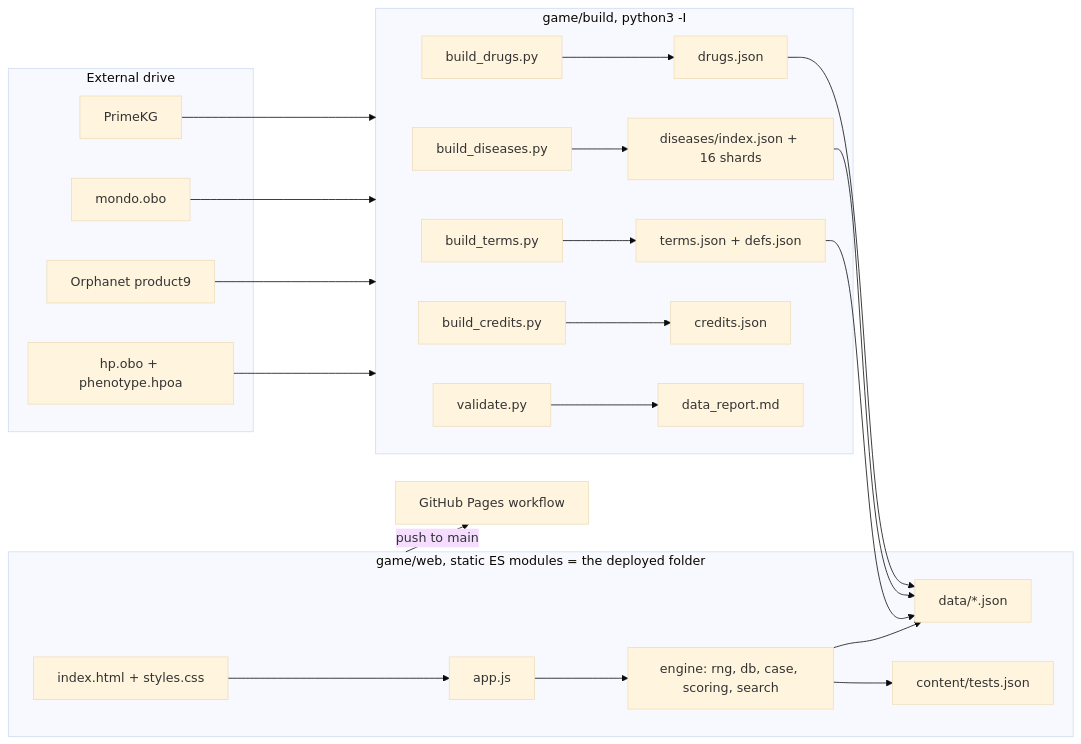
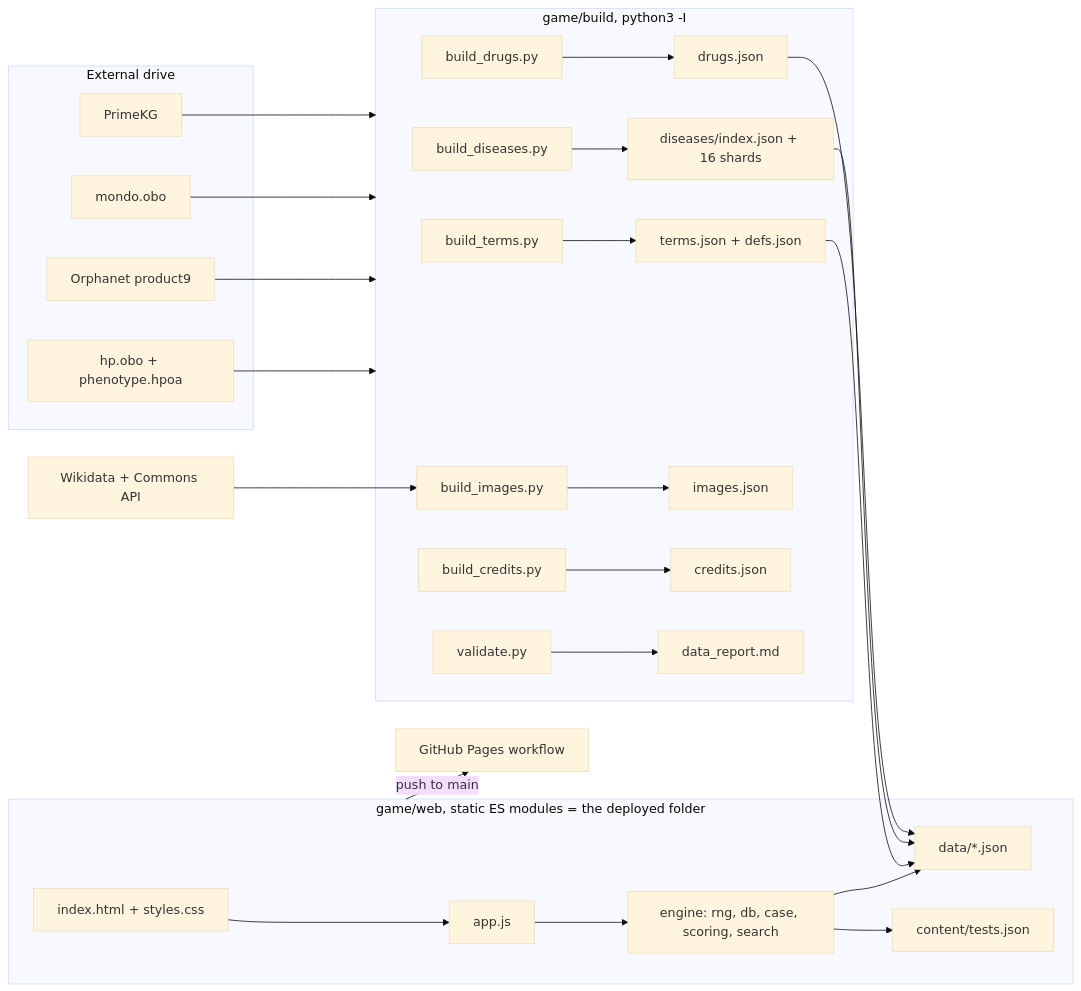
Before and after one commit to pcmoan70/DrDiagno: the second of 2 diagrams in ARCHITECTURE.md, drawn with Mermaid (base theme). The commit also changed other lines of this file and 10 other files, not shown here.

````diff
--- a/ARCHITECTURE.md
+++ b/ARCHITECTURE.md
@@ -58,25 +58,27 @@
 ```mermaid
 flowchart LR
   subgraph drive[External drive]
     HPO[hp.obo + phenotype.hpoa]
     ORPHA[Orphanet product9]
     MONDO[mondo.obo]
     PKG[PrimeKG]
   end
   subgraph build[game/build, python3 -I]
     BT[build_terms.py] --> TJ[terms.json + defs.json]
     BD[build_diseases.py] --> DJ[diseases/index.json + 16 shards]
     BR[build_drugs.py] --> RJ[drugs.json]
+    BI[build_images.py] --> IJ[images.json]
     BC[build_credits.py] --> CJ[credits.json]
     V[validate.py] --> REP[data_report.md]
   end
   subgraph web[game/web, static ES modules = the deployed folder]
     IDX[index.html + styles.css] --> APP[app.js]
     APP --> ENG[engine: rng, db, case, scoring, search]
     ENG --> DATA[data/*.json]
     ENG --> TESTS[content/tests.json]
   end
+  WD[Wikidata + Commons API] --> BI
   HPO & ORPHA & MONDO & PKG --> build
   TJ & DJ & RJ --> DATA
   web -->|push to main| GH[GitHub Pages workflow]
 ```
````
